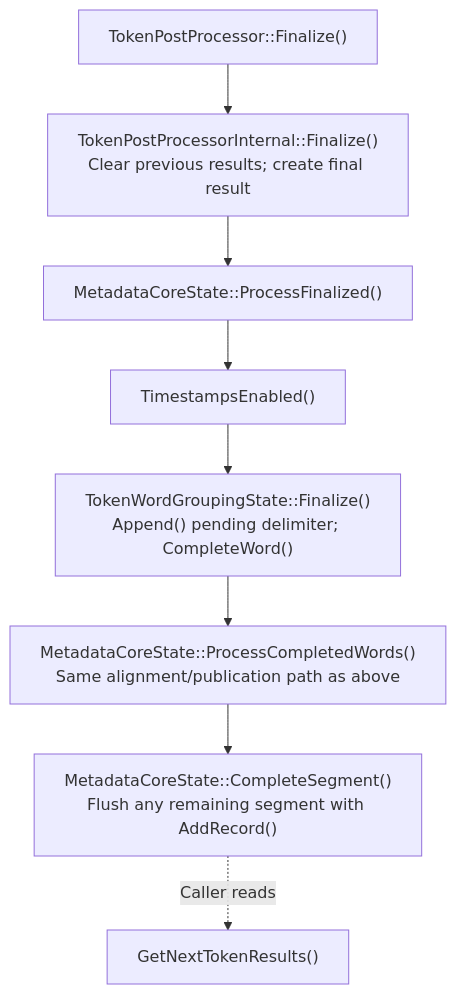
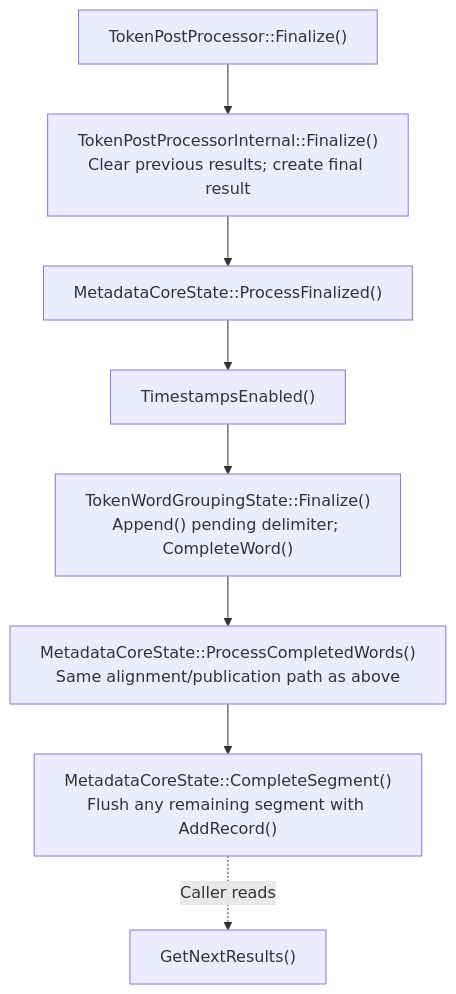
One commit to microsoft/onnxruntime-genai changed the second of 2 diagrams in docs/metadata_decode.md. Above: the diagram before and after it, drawn with Mermaid. The commit also changed other lines of this file and 13 other files, not shown here.

````diff
--- a/docs/metadata_decode.md
+++ b/docs/metadata_decode.md
@@ -174,10 +174,10 @@
 ```mermaid
 flowchart TD
   finalize["TokenPostProcessor::Finalize()"] --> stream["TokenPostProcessorInternal::Finalize()<br/>Clear previous results; create final result"]
   stream --> state["MetadataCoreState::ProcessFinalized()"]
   state --> enabled["TimestampsEnabled()"]
   enabled --> group["TokenWordGroupingState::Finalize()<br/>Append() pending delimiter; CompleteWord()"]
   group --> words["MetadataCoreState::ProcessCompletedWords()<br/>Same alignment/publication path as above"]
   words --> segment["MetadataCoreState::CompleteSegment()<br/>Flush any remaining segment with AddRecord()"]
-  segment -.->|Caller reads| results["GetNextTokenResults()"]
+  segment -.->|Caller reads| results["GetNextResults()"]
 ```
````
